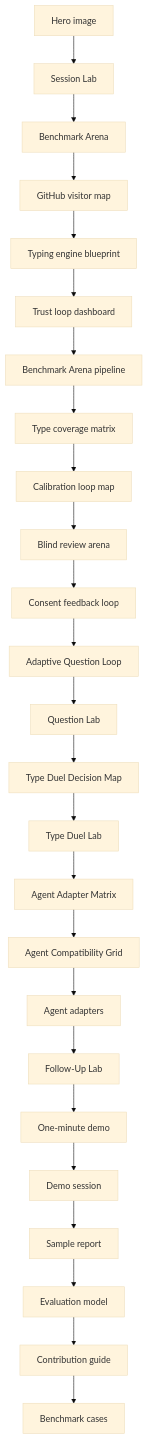
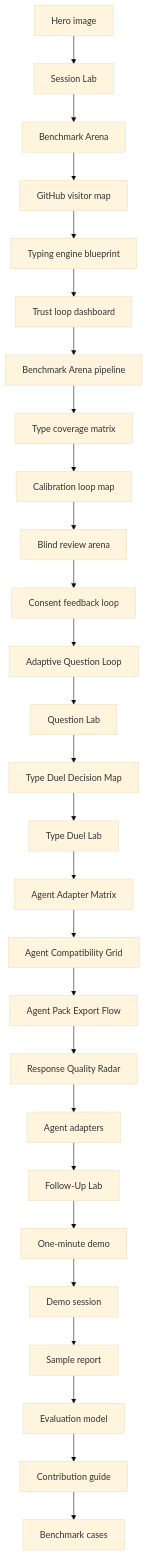
One commit to Zaoqu-Liu/mbti-typing-skill changed the diagram in docs/visual-tour.md. Above: the diagram before and after it, drawn with Mermaid (base theme). The commit also changed other lines of this file and 14 other files, not shown here.

Commit message:
Add response evaluation harness

````diff
--- a/docs/visual-tour.md
+++ b/docs/visual-tour.md
@@ -296,27 +310,29 @@
 ```mermaid
 flowchart TD
     A[Hero image] --> B[Session Lab]
     B --> C[Benchmark Arena]
     C --> D[GitHub visitor map]
     D --> E[Typing engine blueprint]
     E --> F[Trust loop dashboard]
     F --> G[Benchmark Arena pipeline]
     G --> H[Type coverage matrix]
     H --> I[Calibration loop map]
     I --> J[Blind review arena]
     J --> K[Consent feedback loop]
     K --> L[Adaptive Question Loop]
     L --> M[Question Lab]
     M --> N[Type Duel Decision Map]
     N --> O[Type Duel Lab]
     O --> P[Agent Adapter Matrix]
     P --> Q[Agent Compatibility Grid]
-    Q --> R[Agent adapters]
-    R --> S[Follow-Up Lab]
-    S --> T[One-minute demo]
-    T --> U[Demo session]
-    U --> V[Sample report]
-    V --> W[Evaluation model]
-    W --> X[Contribution guide]
-    X --> Y[Benchmark cases]
+    Q --> R[Agent Pack Export Flow]
+    R --> S[Response Quality Radar]
+    S --> T[Agent adapters]
+    T --> U[Follow-Up Lab]
+    U --> V[One-minute demo]
+    V --> W[Demo session]
+    W --> X[Sample report]
+    X --> Y[Evaluation model]
+    Y --> Z[Contribution guide]
+    Z --> AA[Benchmark cases]
 ```
````
